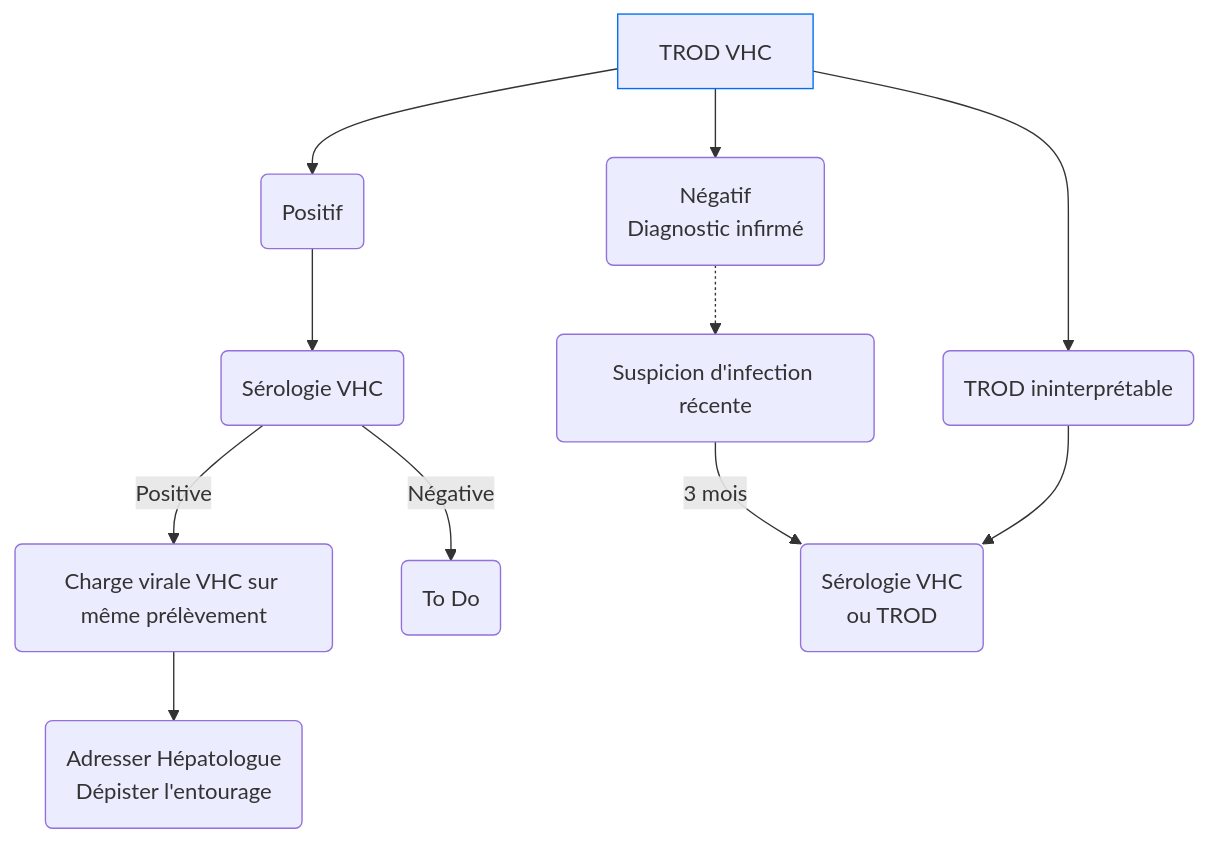
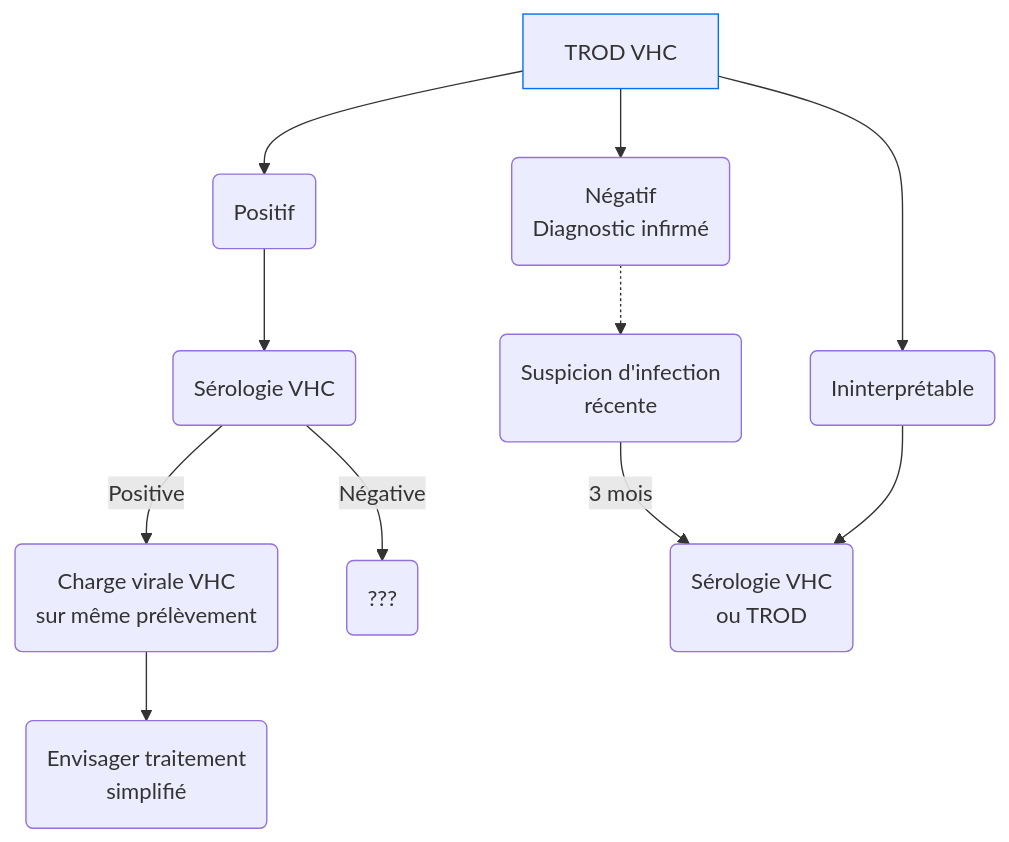
Before and after one commit to djibe/recommandations-medicales: the second of 2 diagrams in content/recommandations/hepatite-c.md, drawn with Mermaid. The commit also changed other lines of this file and 3 other files, not shown here.

```diff
--- a/content/recommandations/hepatite-c.md
+++ b/content/recommandations/hepatite-c.md
@@ -192,14 +258,14 @@
 {{< mermaid title="Conduite à tenir dans les suites de la réalisation d'un TROD VHC. Dr JB FRON d'après HAS 2019" >}}
 graph TB
   trod[TROD VHC] --> trod+(Positif)
   style trod stroke:#006ef4, stroke-width:1px
   trod+ --> serologie(Sérologie VHC)
-    serologie -- Positive --> pcr(Charge virale VHC sur même prélèvement)
-    pcr --> mg(Adresser Hépatologue<br>Dépister l'entourage)
-    serologie -- Négative --> TODO(To Do)
+    serologie -- Positive --> pcr(Charge virale VHC<br>sur même prélèvement)
+    pcr --> mg(Envisager traitement<br>simplifié)
+    serologie -- Négative --> TODO(???)
   trod --> trod-(Négatif<br>Diagnostic infirmé)
-    trod- -.-> infRecente(Suspicion d'infection récente)
+    trod- -.-> infRecente("Suspicion d'infection<br>récente")
     infRecente -- 3 mois --> 3mois(Sérologie VHC<br>ou TROD)
-  trod --> trodIncertain(TROD ininterprétable)
+  trod --> trodIncertain(Ininterprétable)
     trodIncertain --> 3mois
 {{< /mermaid >}}
```
